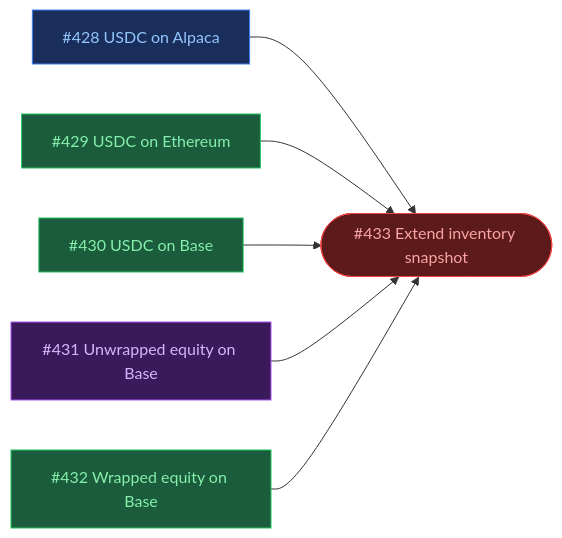
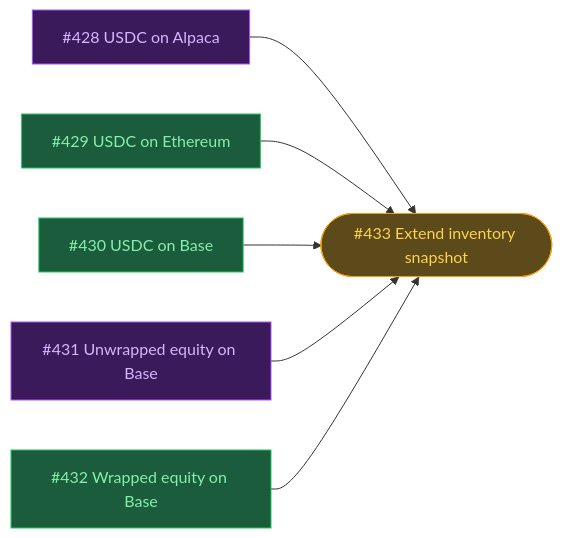
The second of 8 diagrams in ROADMAP.md (ST0x-Technology/st0x.liquidity), drawn with Mermaid before and after one commit. The commit also changed other lines of this file, not shown here.

Commit message:
roadmap: add 'ready' state for stackable dependencies, re-evaluate all graphs

````diff
--- a/ROADMAP.md
+++ b/ROADMAP.md
@@ -69,28 +66,28 @@
 ```mermaid
 graph LR
     classDef wip fill:#1a2e5c,stroke:#3b82f6,color:#93c5fd
     classDef blocked fill:#5c1a1a,stroke:#ef4444,color:#fca5a5
-    classDef todo fill:#5c4a1a,stroke:#f59e0b,color:#fcd34d
+    classDef ready fill:#5c4a1a,stroke:#f59e0b,color:#fcd34d
     classDef review fill:#3b1a5c,stroke:#a855f7,color:#d8b4fe
     classDef done fill:#1a5c3b,stroke:#22c55e,color:#86efac
 
-    id428["#428 USDC on Alpaca"]:::wip
+    id428["#428 USDC on Alpaca"]:::review
     id429["#429 USDC on Ethereum"]:::done
     id430["#430 USDC on Base"]:::done
     id431["#431 Unwrapped equity on Base"]:::review
     id432["#432 Wrapped equity on Base"]:::done
-    id433(["#433 Extend inventory snapshot"]):::blocked
+    id433(["#433 Extend inventory snapshot"]):::ready
 
     id428 --> id433
     id429 --> id433
     id430 --> id433
     id431 --> id433
     id432 --> id433
 
     click id428 href "https://github.com/ST0x-Technology/st0x.liquidity/issues/428"
     click id429 href "https://github.com/ST0x-Technology/st0x.liquidity/issues/429"
     click id430 href "https://github.com/ST0x-Technology/st0x.liquidity/issues/430"
     click id431 href "https://github.com/ST0x-Technology/st0x.liquidity/issues/431"
     click id432 href "https://github.com/ST0x-Technology/st0x.liquidity/issues/432"
     click id433 href "https://github.com/ST0x-Technology/st0x.liquidity/issues/433"
 ```
````
